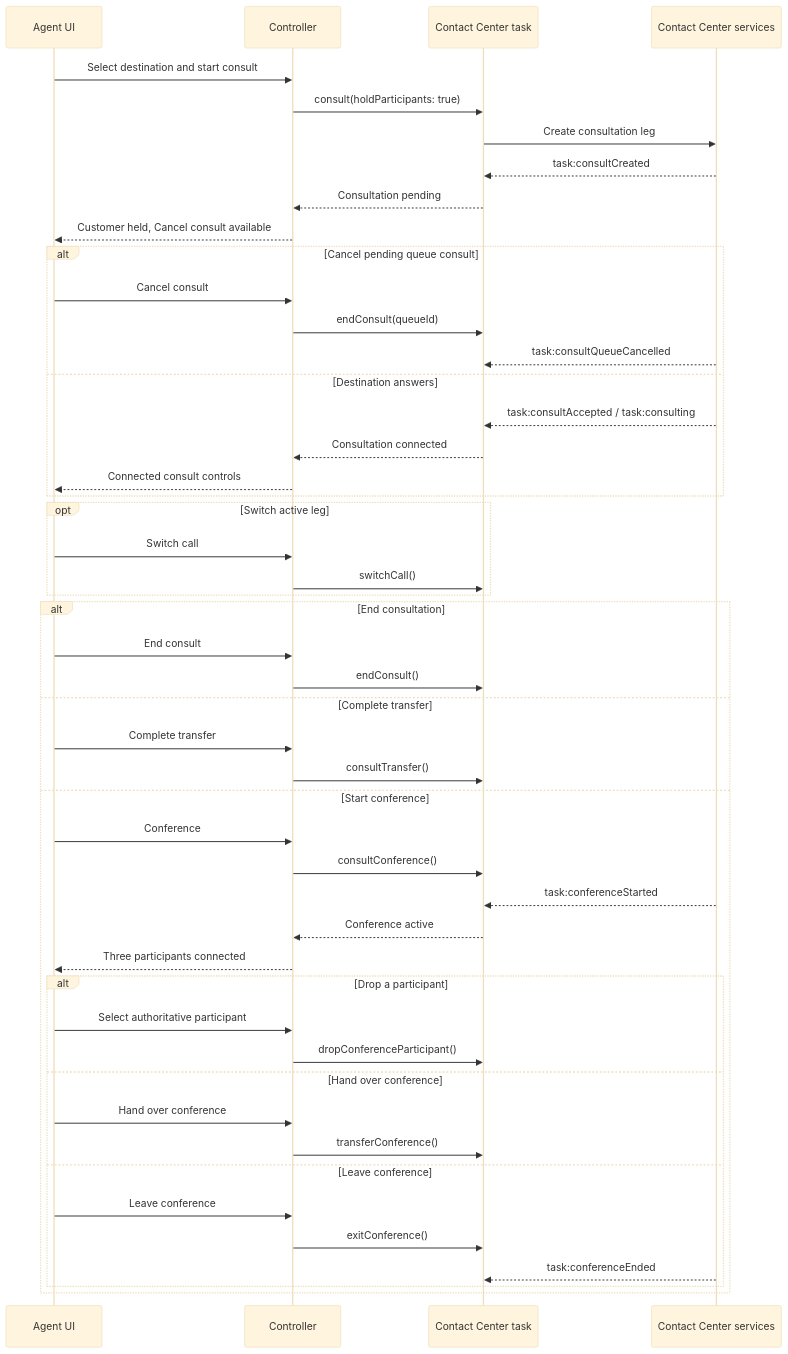
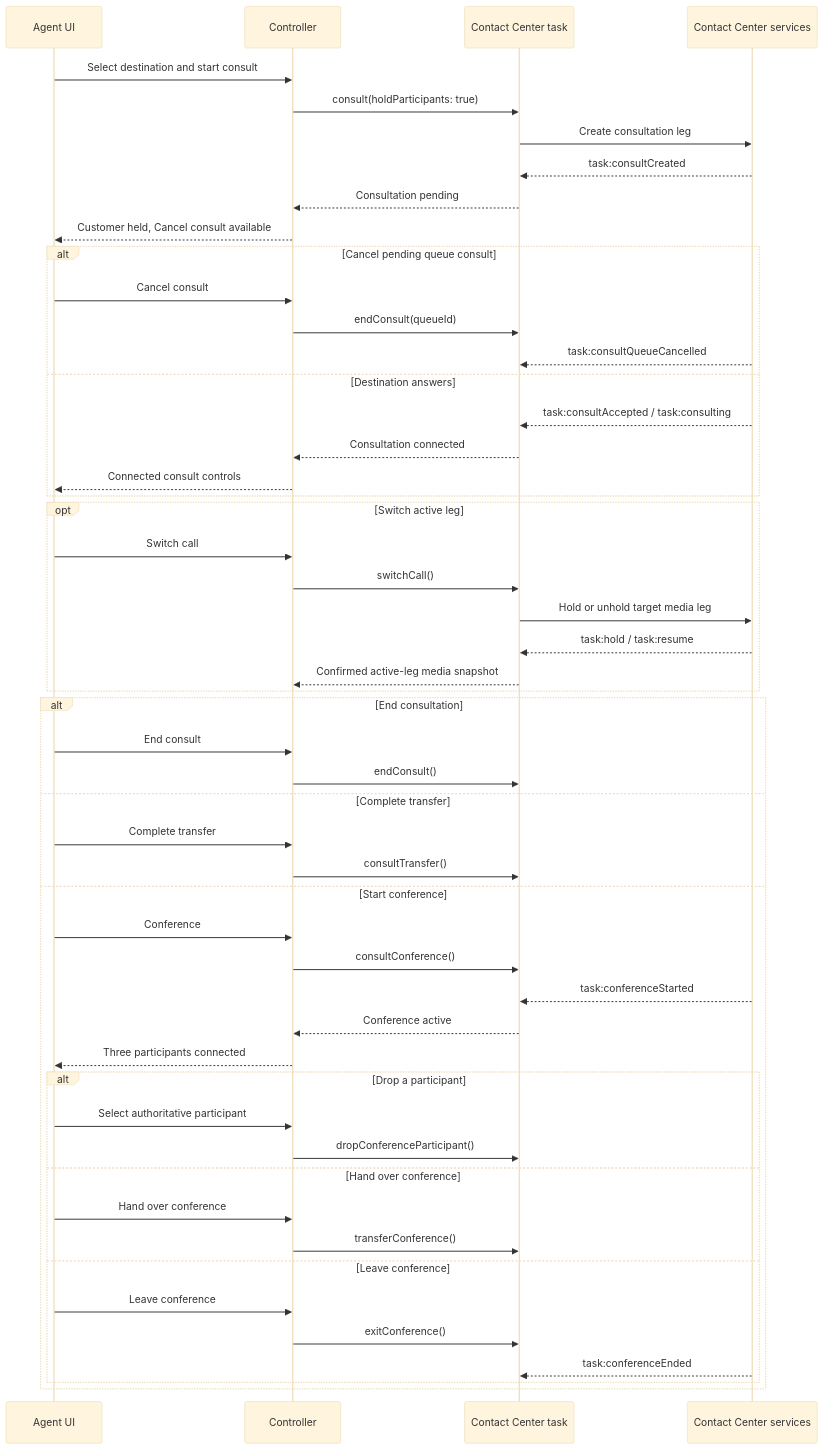
Before and after one commit to aashishberry/webexcc_sdk_app: the seventh of 9 diagrams in ARCHITECTURE.md, drawn with Mermaid (base theme). The commit also changed other lines of this file and 5 other files, not shown here.

````diff
--- a/ARCHITECTURE.md
+++ b/ARCHITECTURE.md
@@ -337,51 +360,54 @@
 ```mermaid
 sequenceDiagram
     participant A as Agent UI
     participant C as Controller
     participant T as Contact Center task
     participant W as Contact Center services
 
     A->>C: Select destination and start consult
     C->>T: consult(holdParticipants: true)
     T->>W: Create consultation leg
     W-->>T: task:consultCreated
     T-->>C: Consultation pending
     C-->>A: Customer held, Cancel consult available
     alt Cancel pending queue consult
         A->>C: Cancel consult
         C->>T: endConsult(queueId)
         W-->>T: task:consultQueueCancelled
     else Destination answers
         W-->>T: task:consultAccepted / task:consulting
         T-->>C: Consultation connected
         C-->>A: Connected consult controls
     end
     opt Switch active leg
         A->>C: Switch call
         C->>T: switchCall()
+        T->>W: Hold or unhold target media leg
+        W-->>T: task:hold / task:resume
+        T-->>C: Confirmed active-leg media snapshot
     end
     alt End consultation
         A->>C: End consult
         C->>T: endConsult()
     else Complete transfer
         A->>C: Complete transfer
         C->>T: consultTransfer()
     else Start conference
         A->>C: Conference
         C->>T: consultConference()
         W-->>T: task:conferenceStarted
         T-->>C: Conference active
         C-->>A: Three participants connected
         alt Drop a participant
             A->>C: Select authoritative participant
             C->>T: dropConferenceParticipant()
         else Hand over conference
             A->>C: Hand over conference
             C->>T: transferConference()
         else Leave conference
             A->>C: Leave conference
             C->>T: exitConference()
             W-->>T: task:conferenceEnded
         end
     end
 ```
````
